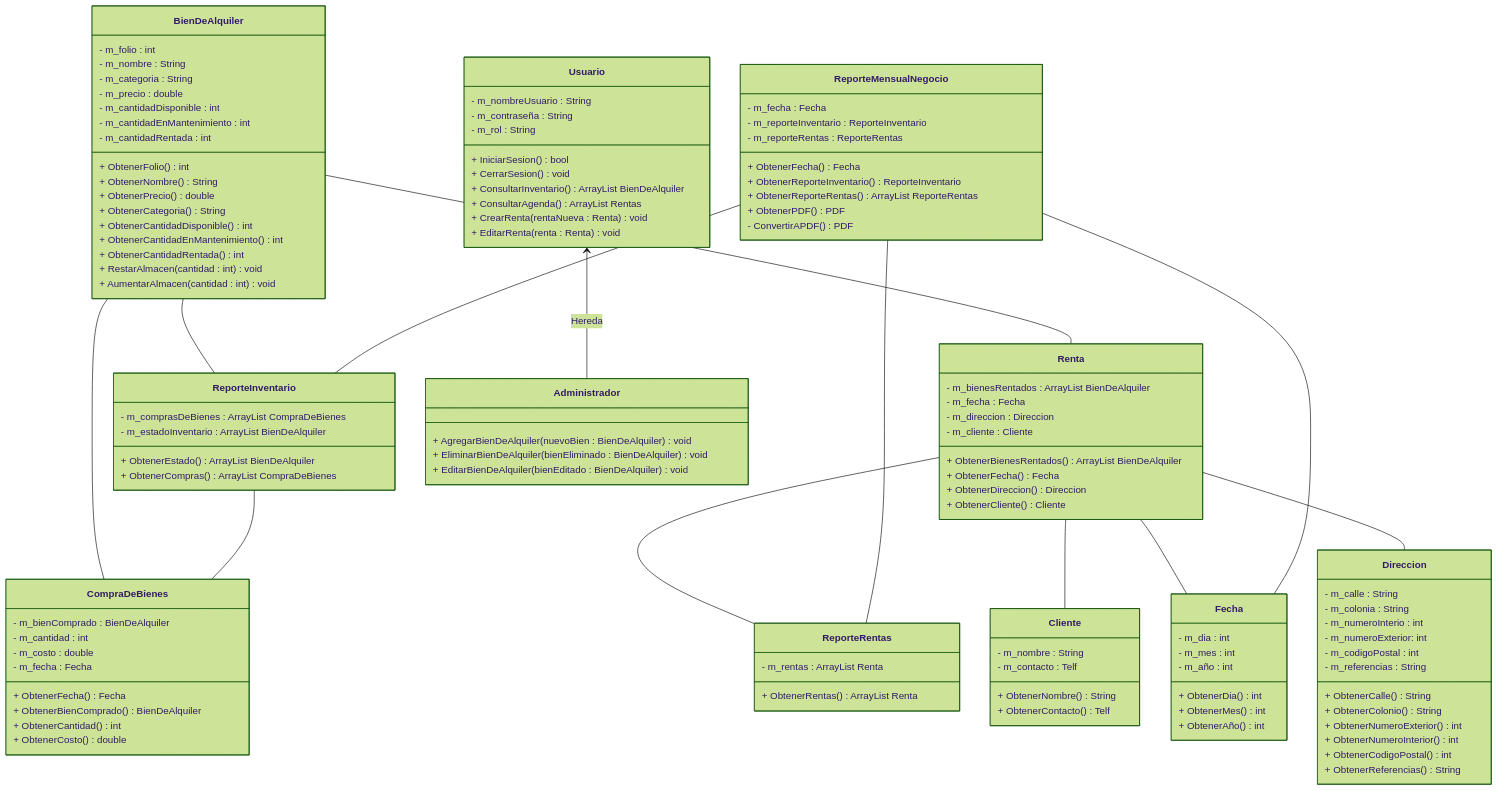
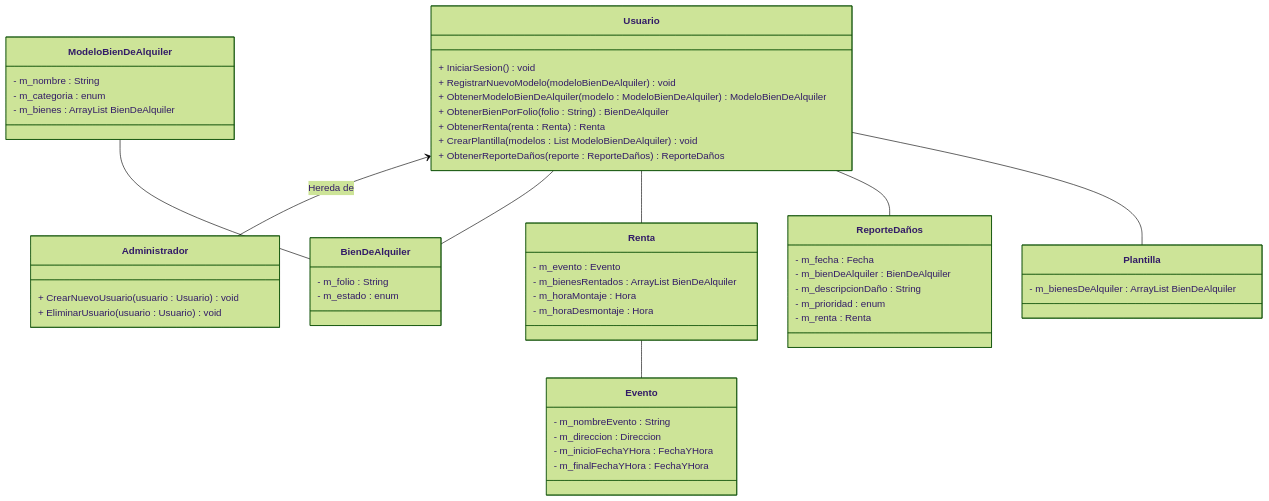
The diagram in Documentacion/Diagramas/DiagramaDeClases.mmd (JuanJoseVargasArvizu/ProyectoPromotoraEventos), drawn with Mermaid (forest theme) before and after one commit.

Commit message:
Remake Diagrama de clases

```diff
--- a/Documentacion/Diagramas/DiagramaDeClases.mmd
+++ b/Documentacion/Diagramas/DiagramaDeClases.mmd
@@ -1,130 +1,67 @@
 classDiagram
 
-BienDeAlquiler -- ReporteInventario
-BienDeAlquiler -- CompraDeBienes
-BienDeAlquiler -- Renta
-Renta -- ReporteRentas
-Renta -- Cliente
-Renta -- Fecha
-Renta -- Direccion
-ReporteInventario -- CompraDeBienes
-ReporteMensualNegocio -- ReporteInventario
-ReporteMensualNegocio -- ReporteRentas
-ReporteMensualNegocio -- Fecha
-Usuario <-- Administrador :Hereda
+    Usuario <-- Administrador : Hereda de
+    Usuario -- BienDeAlquiler
+    Usuario -- Renta
+    Usuario -- ReporteDaños
+    Usuario -- Plantilla
+
+    Renta -- Evento
+
+    ModeloBienDeAlquiler -- BienDeAlquiler
 
 
-class BienDeAlquiler{
-    - m_folio : int   
-    - m_nombre : String
-    - m_categoria : String
-    - m_precio : double
-    - m_cantidadDisponible : int
-    - m_cantidadEnMantenimiento : int
-    - m_cantidadRentada : int
+    class Usuario{
+        + IniciarSesion() void
+        + RegistrarNuevoModelo(modeloBienDeAlquiler) void
+        + ObtenerModeloBienDeAlquiler(modelo : ModeloBienDeAlquiler) ModeloBienDeAlquiler
+        + ObtenerBienPorFolio(folio : String) BienDeAlquiler
+        + ObtenerRenta(renta : Renta) Renta
+        + CrearPlantilla( modelos : List ModeloBienDeAlquiler) void
+        + ObtenerReporteDaños(reporte : ReporteDaños) ReporteDaños
+    }
 
-    + ObtenerFolio() int
-    + ObtenerNombre() String
-    + ObtenerPrecio() double
-    + ObtenerCategoria() String
-    + ObtenerCantidadDisponible() int
-    + ObtenerCantidadEnMantenimiento() int
-    + ObtenerCantidadRentada() int
-    + RestarAlmacen(cantidad : int) void
-    + AumentarAlmacen(cantidad : int) void
-}
+    class Administrador{
+        + CrearNuevoUsuario(usuario : Usuario) void
+        + EliminarUsuario(usuario : Usuario) void
+    }
 
-class CompraDeBienes{
-    - m_bienComprado : BienDeAlquiler
-    - m_cantidad : int
-    - m_costo : double
-    - m_fecha : Fecha
-    + ObtenerFecha() Fecha
-    + ObtenerBienComprado() BienDeAlquiler 
-    + ObtenerCantidad() int
-    + ObtenerCosto() double
-}
+    class ModeloBienDeAlquiler{
+        - m_nombre : String
+        - m_categoria : enum
+        - m_bienes : ArrayList BienDeAlquiler
+    }
 
-class ReporteMensualNegocio{
-    - m_fecha : Fecha
-    - m_reporteInventario : ReporteInventario
-    - m_reporteRentas : ReporteRentas
-    + ObtenerFecha() Fecha
-    + ObtenerReporteInventario() ReporteInventario
-    + ObtenerReporteRentas() ArrayList ReporteRentas
-    + ObtenerPDF() PDF
-    - ConvertirAPDF() PDF
 
-}
+    class BienDeAlquiler{
+        - m_folio : String
+        - m_estado : enum
+    }
 
-class ReporteInventario{
-    - m_comprasDeBienes : ArrayList CompraDeBienes
-    - m_estadoInventario : ArrayList BienDeAlquiler
-    + ObtenerEstado() ArrayList BienDeAlquiler
-    + ObtenerCompras() ArrayList CompraDeBienes
-}
 
-class ReporteRentas{
-    - m_rentas : ArrayList Renta
-    + ObtenerRentas() ArrayList Renta
-}
+    class Renta{
+        - m_evento : Evento
+        - m_bienesRentados : ArrayList BienDeAlquiler
+        - m_horaMontaje : Hora
+        - m_horaDesmontaje : Hora
+    }
 
-class Renta{
-    - m_bienesRentados : ArrayList BienDeAlquiler
-    - m_fecha : Fecha
-    - m_direccion : Direccion
-    - m_cliente : Cliente
-    + ObtenerBienesRentados() ArrayList BienDeAlquiler
-    + ObtenerFecha() Fecha
-    + ObtenerDireccion() Direccion
-    + ObtenerCliente() Cliente
-}
+    class Evento{
+        - m_nombreEvento : String
+        - m_direccion : Direccion        
+        - m_inicioFechaYHora : FechaYHora
+        - m_finalFechaYHora : FechaYHora        
+    }
 
-class Cliente{
-    - m_nombre : String
-    - m_contacto : Telf
-    + ObtenerNombre() String
-    + ObtenerContacto() Telf
-}
+    class ReporteDaños{
+        - m_fecha : Fecha
+        - m_bienDeAlquiler : BienDeAlquiler
+        - m_descripcionDaño : String
+        - m_prioridad : enum
+        - m_renta : Renta
+    }
 
-class Fecha{
-    - m_dia : int
-    - m_mes : int
-    - m_año : int
-    + ObtenerDia() int
-    + ObtenerMes() int
-    + ObtenerAño() int
-}
 
-class Direccion{
-    - m_calle : String
-    - m_colonia : String
-    - m_numeroInterio : int
-    - m_numeroExterior: int
-    - m_codigoPostal : int
-    - m_referencias : String
-    + ObtenerCalle() String
-    + ObtenerColonio() String
-    + ObtenerNumeroExterior() int
-    + ObtenerNumeroInterior() int
-    + ObtenerCodigoPostal() int
-    + ObtenerReferencias() String
-}
-
-class Usuario {
-    - m_nombreUsuario : String
-    - m_contraseña : String
-    - m_rol : String
-    + IniciarSesion() bool
-    + CerrarSesion() void
-    + ConsultarInventario() ArrayList BienDeAlquiler
-    + ConsultarAgenda() ArrayList Rentas
-    + CrearRenta(rentaNueva : Renta) void
-    + EditarRenta(renta : Renta) void
-}
-
-class Administrador {
-    + AgregarBienDeAlquiler(nuevoBien : BienDeAlquiler) void
-    + EliminarBienDeAlquiler(bienEliminado : BienDeAlquiler) void
-    + EditarBienDeAlquiler(bienEditado : BienDeAlquiler) void
-}
+    class Plantilla{
+        - m_bienesDeAlquiler : ArrayList BienDeAlquiler
+    }
```
